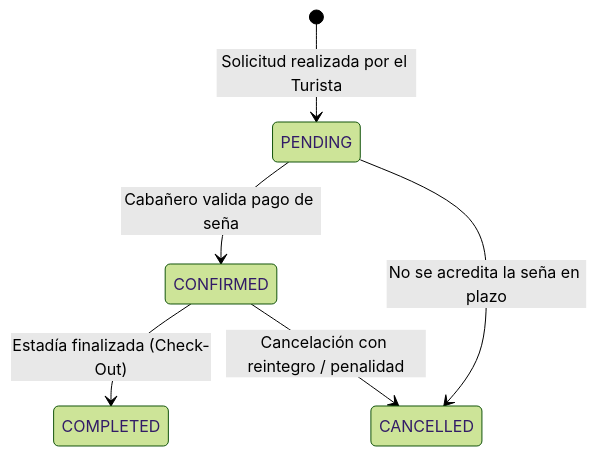
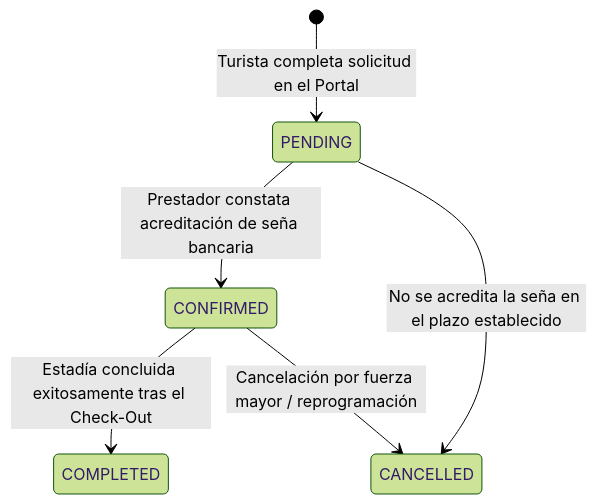
One commit to Tiag4/Turismo-Capilla changed the third of 3 diagrams in docs/user-manual.md. Above: the diagram before and after it, drawn with Mermaid (forest theme). The commit also changed other lines of this file and 7 other files, not shown here.

````diff
--- a/docs/user-manual.md
+++ b/docs/user-manual.md
@@ -209,8 +241,8 @@
 ```mermaid
 stateDiagram-v2
-    [*] --> PENDING: Solicitud realizada por el Turista
-    PENDING --> CONFIRMED: Cabañero valida pago de seña
-    PENDING --> CANCELLED: No se acredita la seña en plazo
-    CONFIRMED --> COMPLETED: Estadía finalizada (Check-Out)
-    CONFIRMED --> CANCELLED: Cancelación con reintegro / penalidad
+    [*] --> PENDING: Turista completa solicitud en el Portal
+    PENDING --> CONFIRMED: Prestador constata acreditación de seña bancaria
+    PENDING --> CANCELLED: No se acredita la seña en el plazo establecido
+    CONFIRMED --> COMPLETED: Estadía concluida exitosamente tras el Check-Out
+    CONFIRMED --> CANCELLED: Cancelación por fuerza mayor / reprogramación
 ```
````
